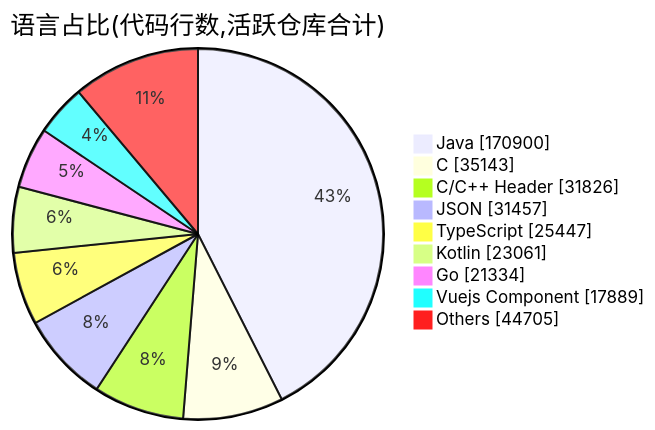
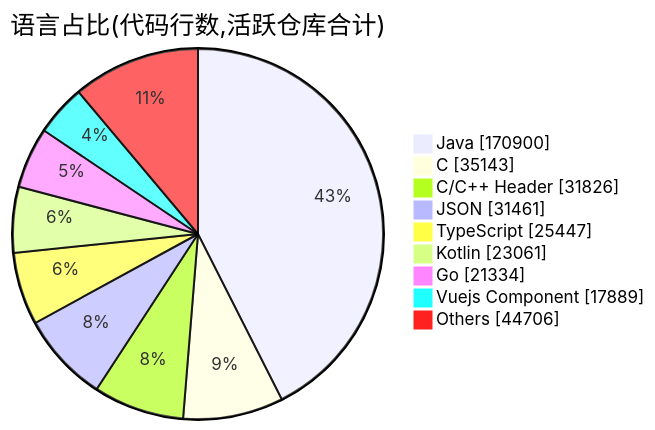
One commit to Conflux-Union/.github changed the second of 2 diagrams in profile/README.md. Above: the diagram before and after it, drawn with Mermaid. The commit also changed other lines of this file and 1 other file, not shown here.

````diff
--- a/profile/README.md
+++ b/profile/README.md
@@ -84,13 +83,13 @@
 ```mermaid
 pie showData
     title 语言占比(代码行数,活跃仓库合计)
     "Java" : 170900
     "C" : 35143
     "C/C++ Header" : 31826
-    "JSON" : 31457
+    "JSON" : 31461
     "TypeScript" : 25447
     "Kotlin" : 23061
     "Go" : 21334
     "Vuejs Component" : 17889
-    "Others" : 44705
+    "Others" : 44706
 ```
````
